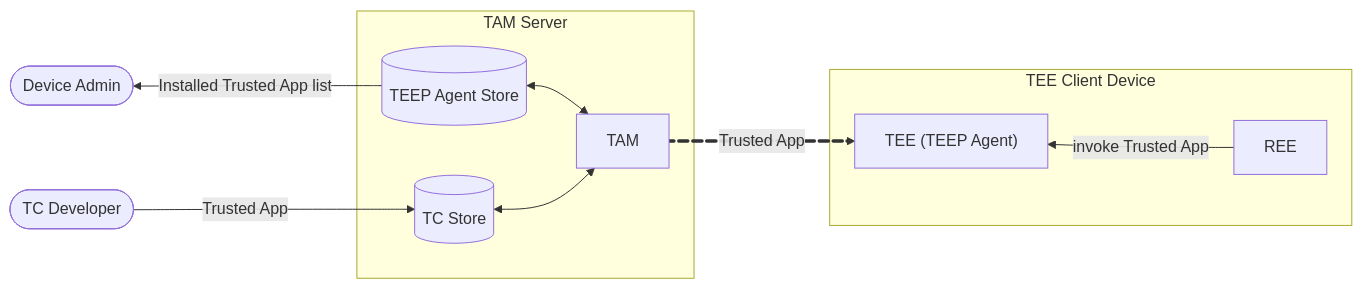
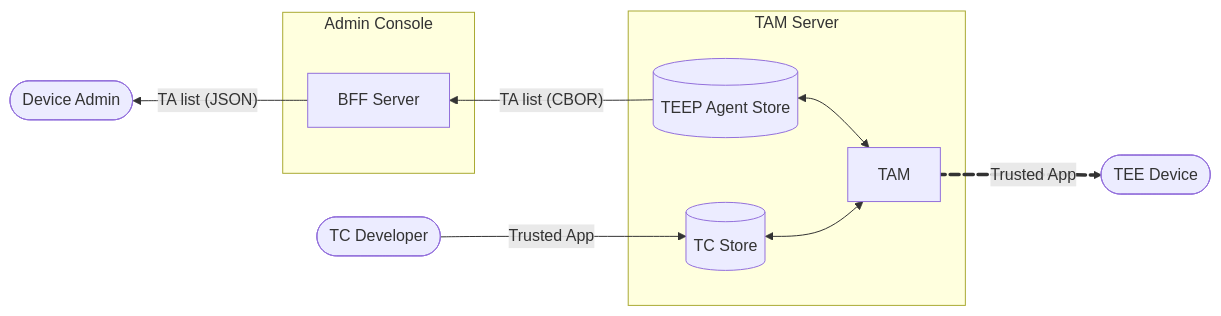
The diagram in README.md (kentakayama/AttesTAM), drawn with Mermaid before and after one commit. The commit also changed other lines of this file and 3 other files, not shown here.

Commit message:
add: Backend-for-Frontend (BFF) Server as a TAM Console

````diff
--- a/README.md
+++ b/README.md
@@ -9,21 +11,26 @@
 ```mermaid
 flowchart LR
-    DeviceAdmin ~~~ AgentStore
-    AgentStore -- Installed Trusted App list --> DeviceAdmin([Device Admin])
-    AgentStore ~~~ DeviceAdmin
     TCDeveloper([TC Developer]) -- Trusted App--> ManifestStore
+
+    DeviceAdmin ~~~ BFF
+    BFF -- TA list (JSON) --> DeviceAdmin([Device Admin])
+    BFF ~~~ DeviceAdmin
+
+    subgraph Admin Console
+        BFF[BFF Server]
+    end
+
     subgraph TAM Server
         TAM
+        BFF ~~~ AgentStore
+        AgentStore -- TA list (CBOR) --> BFF
+        AgentStore ~~~ BFF
         AgentStore[(TEEP Agent Store)] <--> TAM
         ManifestStore[(TC Store)] <--> TAM
     end
 
     TAM e1@== Trusted App ==> TEEPAgent
     e1@{ animate: true }
 
-    subgraph TEE Client Device
-        TEEPAgent["TEE (TEEP Agent)"] ~~~ REE
-        REE -- invoke Trusted App --> TEEPAgent
-        REE ~~~ TEEPAgent
-    end
+    TEEPAgent([TEE Device])
 ```
````
